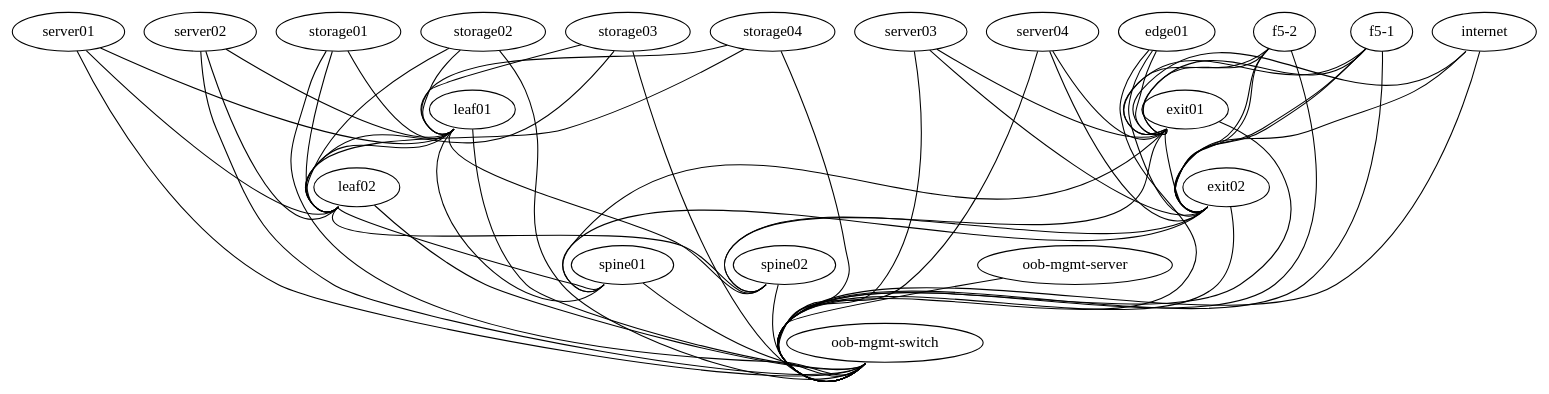
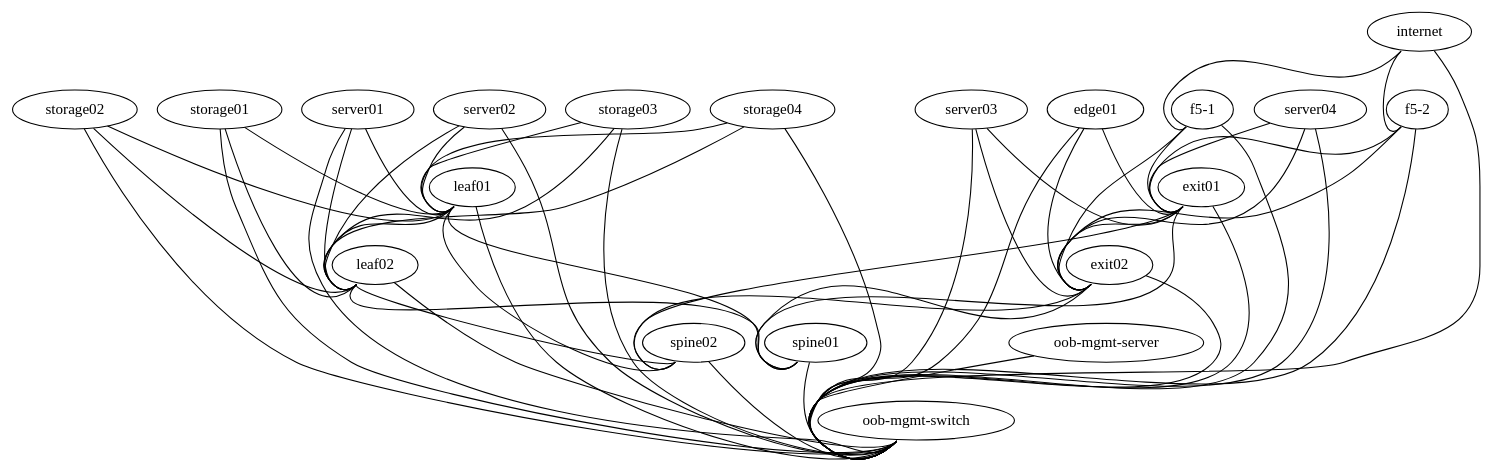
Before and after one commit to OliElli/cumulus-poc: the diagram in topology.dot, drawn with Graphviz.

Commit message:
Updated to reflect newer topology

```diff
--- a/topology.dot
+++ b/topology.dot
@@ -1,89 +1,85 @@
 graph vx {
   "leaf01" [function="leaf" os="CumulusCommunity/cumulus-vx" version="3.7.2" memory="768" config="./helper_scripts/config_switch.sh" ]
   "leaf02" [function="leaf" os="CumulusCommunity/cumulus-vx" version="3.7.2" memory="768" config="./helper_scripts/config_switch.sh" ]
   "spine01" [function="spine" os="CumulusCommunity/cumulus-vx" version="3.7.2" memory="768" config="./helper_scripts/config_switch.sh" ]
   "spine02" [function="spine" os="CumulusCommunity/cumulus-vx" version="3.7.2" memory="768" config="./helper_scripts/config_switch.sh" ]
   "exit01" [function="exit" os="CumulusCommunity/cumulus-vx" version="3.7.2" memory="768" config="./helper_scripts/config_switch.sh" ]
   "exit02" [function="exit" os="CumulusCommunity/cumulus-vx" version="3.7.2" memory="768" config="./helper_scripts/config_switch.sh" ]
   "server01" [function="host" os="yk0/ubuntu-xenial" memory="512" config="./helper_scripts/config_server.sh" ]
   "server02" [function="host" os="yk0/ubuntu-xenial" memory="512" config="./helper_scripts/config_server.sh" ]
   "server03" [function="host" os="yk0/ubuntu-xenial" memory="512" config="./helper_scripts/config_server.sh" ]
   "server04" [function="host" os="yk0/ubuntu-xenial" memory="512" config="./helper_scripts/config_server.sh" ]
   "edge01" [function="host" os="yk0/ubuntu-xenial" memory="768" config="./helper_scripts/config_server.sh" ]
   "internet" [function="internet" vagrant="swp48" os="CumulusCommunity/cumulus-vx" version="3.7.2" memory="768" config="./helper_scripts/config_internet.sh" ]
   "oob-mgmt-switch" [function="oob-switch" vagrant="eth0" os="CumulusCommunity/cumulus-vx" version="3.7.2" memory="768" config="./helper_scripts/config_oob_switch.sh" ]
   "oob-mgmt-server" [function="oob-server" vagrant="eth0" os="CumulusCommunity/vx_oob_server" version="1.0.4" memory="1024" config="./helper_scripts/config_oob_server.sh" ]
   "f5-1" [function="exit" os="CumulusCommunity/cumulus-vx" version="3.7.2" memory="768" config="./helper_scripts/config_switch.sh" ]
   "f5-2" [function="exit" os="CumulusCommunity/cumulus-vx" version="3.7.2" memory="768" config="./helper_scripts/config_switch.sh" ]
   "storage01" [function="host" os="yk0/ubuntu-xenial" memory="512" config="./helper_scripts/config_server.sh" ]
   "storage02" [function="host" os="yk0/ubuntu-xenial" memory="512" config="./helper_scripts/config_server.sh" ]
   "storage03" [function="host" os="yk0/ubuntu-xenial" memory="512" config="./helper_scripts/config_server.sh" ]
   "storage04" [function="host" os="yk0/ubuntu-xenial" memory="512" config="./helper_scripts/config_server.sh" ]
 
   "leaf01":"swp56" -- "spine01":"swp1"
   "leaf02":"swp56" -- "spine01":"swp2"
   "leaf01":"swp55" -- "spine02":"swp1"
   "leaf02":"swp55" -- "spine02":"swp2"
 
   "leaf01":"swp54" -- "leaf02":"swp54"
   "exit01":"swp54" -- "exit02":"swp54"
 
   "server01":"eth1" -- "leaf01":"swp1" [left_mac="00:03:00:11:11:01"]
   "server01":"eth2" -- "leaf02":"swp1" [left_mac="00:03:00:11:11:02"]
   "server02":"eth1" -- "leaf01":"swp2" [left_mac="00:03:00:22:22:01"]
   "server02":"eth2" -- "leaf02":"swp2" [left_mac="00:03:00:22:22:02"]
   "server03":"eth1" -- "exit01":"swp11" [left_mac="00:03:00:33:33:01"]
   "server03":"eth2" -- "exit02":"swp11" [left_mac="00:03:00:33:33:02"]
   "server04":"eth1" -- "exit01":"swp12" [left_mac="00:03:00:44:44:01"]
   "server04":"eth2" -- "exit02":"swp12" [left_mac="00:03:00:44:44:02"]
 
   "storage01":"eth1" -- "leaf01":"swp3" [left_mac="00:04:00:11:11:01"]
   "storage01":"eth2" -- "leaf02":"swp3" [left_mac="00:04:00:11:11:02"]
   "storage02":"eth1" -- "leaf01":"swp4" [left_mac="00:04:00:22:22:01"]
   "storage02":"eth2" -- "leaf02":"swp4" [left_mac="00:04:00:22:22:02"]
   "storage03":"eth1" -- "leaf01":"swp5" [left_mac="00:04:00:11:11:03"]
   "storage03":"eth2" -- "leaf02":"swp5" [left_mac="00:04:00:11:11:04"]
   "storage04":"eth1" -- "leaf01":"swp6" [left_mac="00:04:00:22:22:03"]
   "storage04":"eth2" -- "leaf02":"swp6" [left_mac="00:04:00:22:22:04"]
 
   "exit01":"swp56" -- "spine01":"swp30"
   "exit01":"swp55" -- "spine02":"swp30"
   "exit02":"swp56" -- "spine01":"swp29"
   "exit02":"swp55" -- "spine02":"swp29"
 
-  "internet":"swp1" -- "exit01":"swp1"
-  "internet":"swp2" -- "exit02":"swp1"
+  "internet":"swp1" -- "f5-1":"swp3"
+  "internet":"swp2" -- "f5-2":"swp3"
 
   "edge01":"eth1" -- "exit01":"swp10"
   "edge01":"eth2" -- "exit02":"swp10"
 
-  "f5-1":"swp1" -- "exit01":"swp3"
-  "f5-1":"swp2" -- "exit01":"swp4"
-  "f5-1":"swp3" -- "exit02":"swp3"
-  "f5-1":"swp4" -- "exit02":"swp4"
+  "f5-1":"swp1" -- "exit01":"swp1"
+  "f5-1":"swp2" -- "exit02":"swp1"
   
-  "f5-2":"swp1" -- "exit01":"swp5"
-  "f5-2":"swp2" -- "exit01":"swp6"
-  "f5-2":"swp3" -- "exit02":"swp5"
-  "f5-2":"swp4" -- "exit02":"swp6"
+  "f5-2":"swp1" -- "exit01":"swp2"
+  "f5-2":"swp2" -- "exit02":"swp2"
 
   "oob-mgmt-server":"eth1" -- "oob-mgmt-switch":"swp1" [right_mac="a0:00:00:00:00:61"]
   "server01":"eth0" -- "oob-mgmt-switch":"swp2" [left_mac="a0:00:00:00:00:31"]
   "server02":"eth0" -- "oob-mgmt-switch":"swp3" [left_mac="a0:00:00:00:00:32"]
   "server03":"eth0" -- "oob-mgmt-switch":"swp4" [left_mac="a0:00:00:00:00:33"]
   "server04":"eth0" -- "oob-mgmt-switch":"swp5" [left_mac="a0:00:00:00:00:34"]
   "leaf01":"eth0" -- "oob-mgmt-switch":"swp6" [left_mac="a0:00:00:00:00:11"]
   "leaf02":"eth0" -- "oob-mgmt-switch":"swp7" [left_mac="a0:00:00:00:00:12"]
   "spine01":"eth0" -- "oob-mgmt-switch":"swp8" [left_mac="a0:00:00:00:00:21"]
   "spine02":"eth0" -- "oob-mgmt-switch":"swp9" [left_mac="a0:00:00:00:00:22"]
   "exit01":"eth0" -- "oob-mgmt-switch":"swp10" [left_mac="a0:00:00:00:00:41"]
   "exit02":"eth0" -- "oob-mgmt-switch":"swp11" [left_mac="a0:00:00:00:00:42"]
   "edge01":"eth0" -- "oob-mgmt-switch":"swp12" [left_mac="a0:00:00:00:00:51"]
   "internet":"eth0" -- "oob-mgmt-switch":"swp13" [left_mac="a0:00:00:00:00:50"]
   "f5-1":"eth0" -- "oob-mgmt-switch":"swp14" [left_mac="a0:00:00:00:00:71"]
   "f5-2":"eth0" -- "oob-mgmt-switch":"swp15" [left_mac="a0:00:00:00:00:72"]
   "storage01":"eth0" -- "oob-mgmt-switch":"swp16" [left_mac="a0:00:00:00:00:81"]
   "storage02":"eth0" -- "oob-mgmt-switch":"swp17" [left_mac="a0:00:00:00:00:82"]
   "storage03":"eth0" -- "oob-mgmt-switch":"swp18" [left_mac="a0:00:00:00:00:83"]
   "storage04":"eth0" -- "oob-mgmt-switch":"swp19" [left_mac="a0:00:00:00:00:84"]
 }
```
